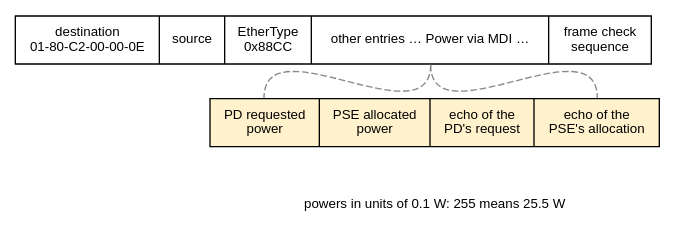
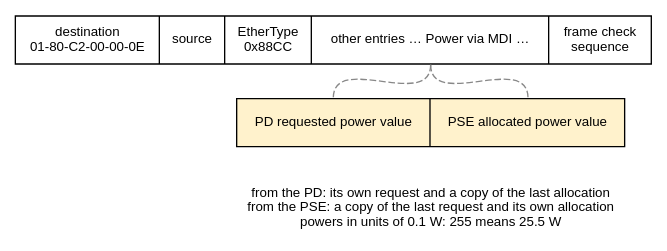
The diagram in docs/power/poe/lldp-field.dot (mithro/evampire), drawn with Graphviz before and after one commit.

Commit message:
Draw the two LLDP power fields as IEEE 802.3 defines them
Each frame carries one PD requested power value and one PSE allocated
power value; the sender fills one with its own value and the other with
a copy of the last value it received (79.3.2, 145.5.5).

```diff
--- a/docs/power/poe/lldp-field.dot
+++ b/docs/power/poe/lldp-field.dot
@@ -1,21 +1,22 @@
-// The parts of an LLDP frame that carry the power negotiation, from
-// lldp.rst (IEEE 802.1AB and IEEE 802.3 79.3.2, Table 145-12).
-// Field lengths are not to scale.
+// The two power fields of the Power via MDI entry in an LLDP frame, from
+// lldp.rst (IEEE 802.1AB and IEEE 802.3 79.3.2, 145.5.5, Table 145-12).
+// Each end fills one field with its own value and the other with a copy
+// of the value it last received. Field lengths are not to scale.
 //
 // SPDX-License-Identifier: Apache-2.0
 
 digraph lldp_field {
     graph [fontname="Helvetica", rankdir=TB, nodesep=0.2, ranksep=0.35];
     node  [shape=record, fontname="Helvetica", fontsize=10, style=filled,
            fillcolor="#ffffff"];
     edge  [arrowhead=none, style=dashed, color="#888888"];
 
     frame [label="destination\n01-80-C2-00-00-0E|source|EtherType\n0x88CC|<pv>other entries … Power via MDI …|frame check\nsequence"];
     field [fillcolor="#fff2cc",
-           label="<a>PD requested\npower|PSE allocated\npower|echo of the\nPD's request|<b>echo of the\nPSE's allocation"];
+           label="<a>PD requested power value|<b>PSE allocated power value"];
     note [shape=plaintext, style="", fontsize=10,
-          label="powers in units of 0.1 W: 255 means 25.5 W"];
+          label="from the PD: its own request and a copy of the last allocation\nfrom the PSE: a copy of the last request and its own allocation\npowers in units of 0.1 W: 255 means 25.5 W"];
     frame:pv -> field:a;
     frame:pv -> field:b;
     field -> note [style=invis];
 }
```
